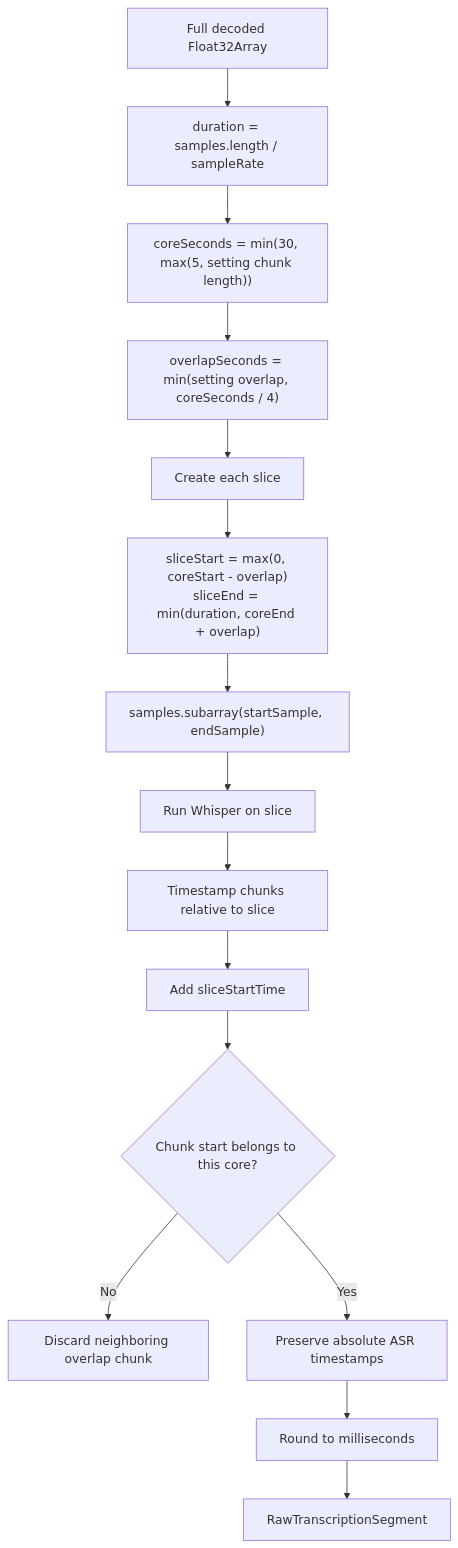
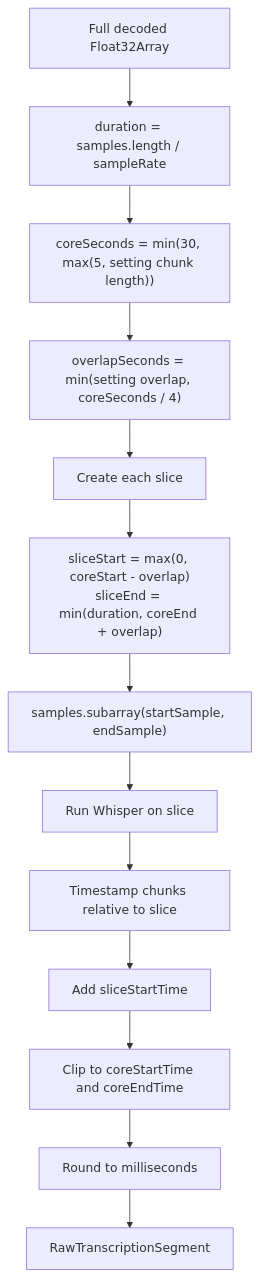
One commit to zxyandreay/auto-subtitle changed the seventh of 17 diagrams in docs/project-state.md. Above: the diagram before and after it, drawn with Mermaid. The commit also changed other lines of this file and 8 other files, not shown here.

````diff
--- a/docs/project-state.md
+++ b/docs/project-state.md
@@ -562,17 +557,15 @@
 ```mermaid
 flowchart TD
     Audio["Full decoded Float32Array"] --> Duration["duration = samples.length / sampleRate"]
     Duration --> Core["coreSeconds = min(30, max(5, setting chunk length))"]
     Core --> Overlap["overlapSeconds = min(setting overlap, coreSeconds / 4)"]
     Overlap --> SliceLoop["Create each slice"]
     SliceLoop --> Slice["sliceStart = max(0, coreStart - overlap)\nsliceEnd = min(duration, coreEnd + overlap)"]
     Slice --> Samples["samples.subarray(startSample, endSample)"]
     Samples --> Model["Run Whisper on slice"]
     Model --> Chunks["Timestamp chunks relative to slice"]
     Chunks --> Offset["Add sliceStartTime"]
-    Offset --> Owner{"Chunk start belongs to this core?"}
-    Owner -->|No| Discard["Discard neighboring overlap chunk"]
-    Owner -->|Yes| Preserve["Preserve absolute ASR timestamps"]
-    Preserve --> Round["Round to milliseconds"]
+    Offset --> Clip["Clip to coreStartTime and coreEndTime"]
+    Clip --> Round["Round to milliseconds"]
     Round --> Segment["RawTranscriptionSegment"]
 ```
````
